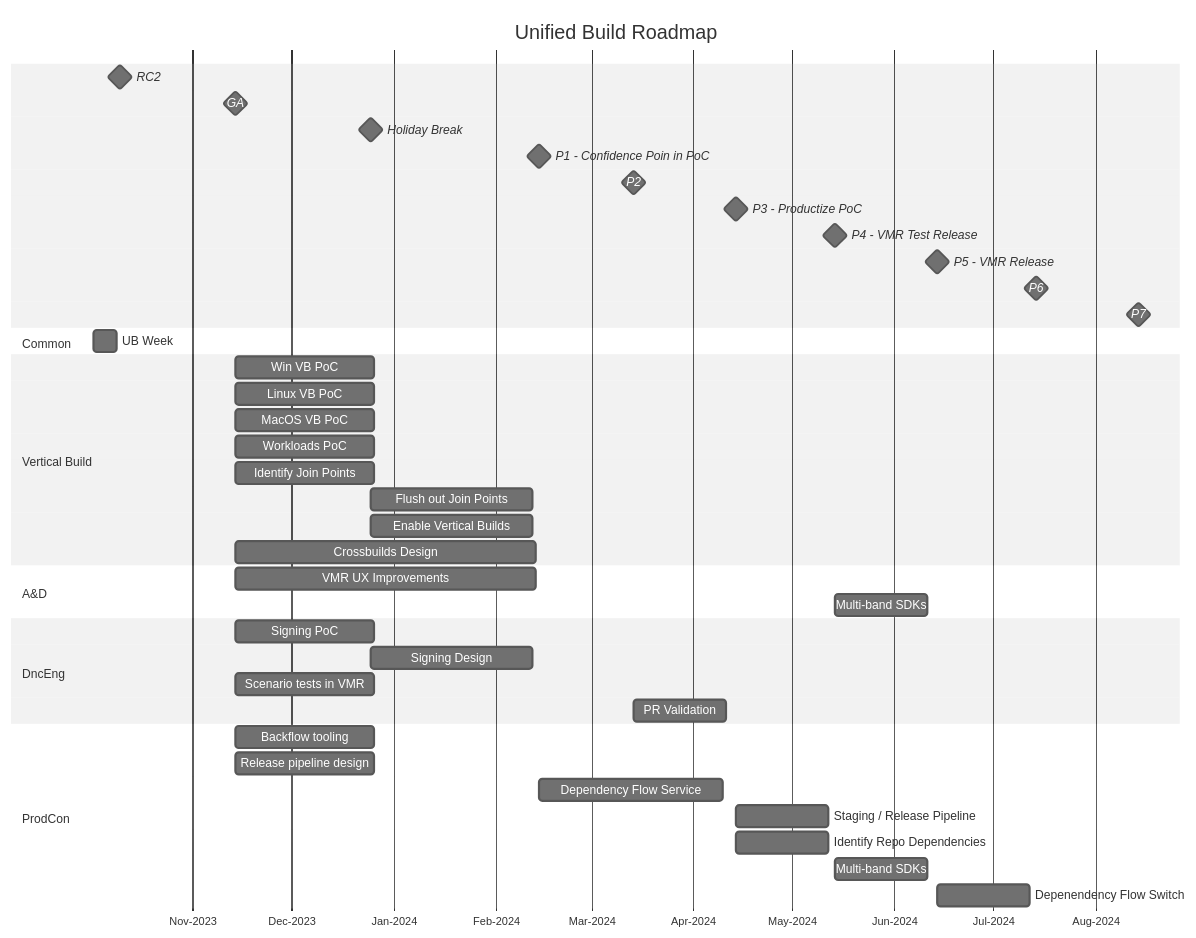
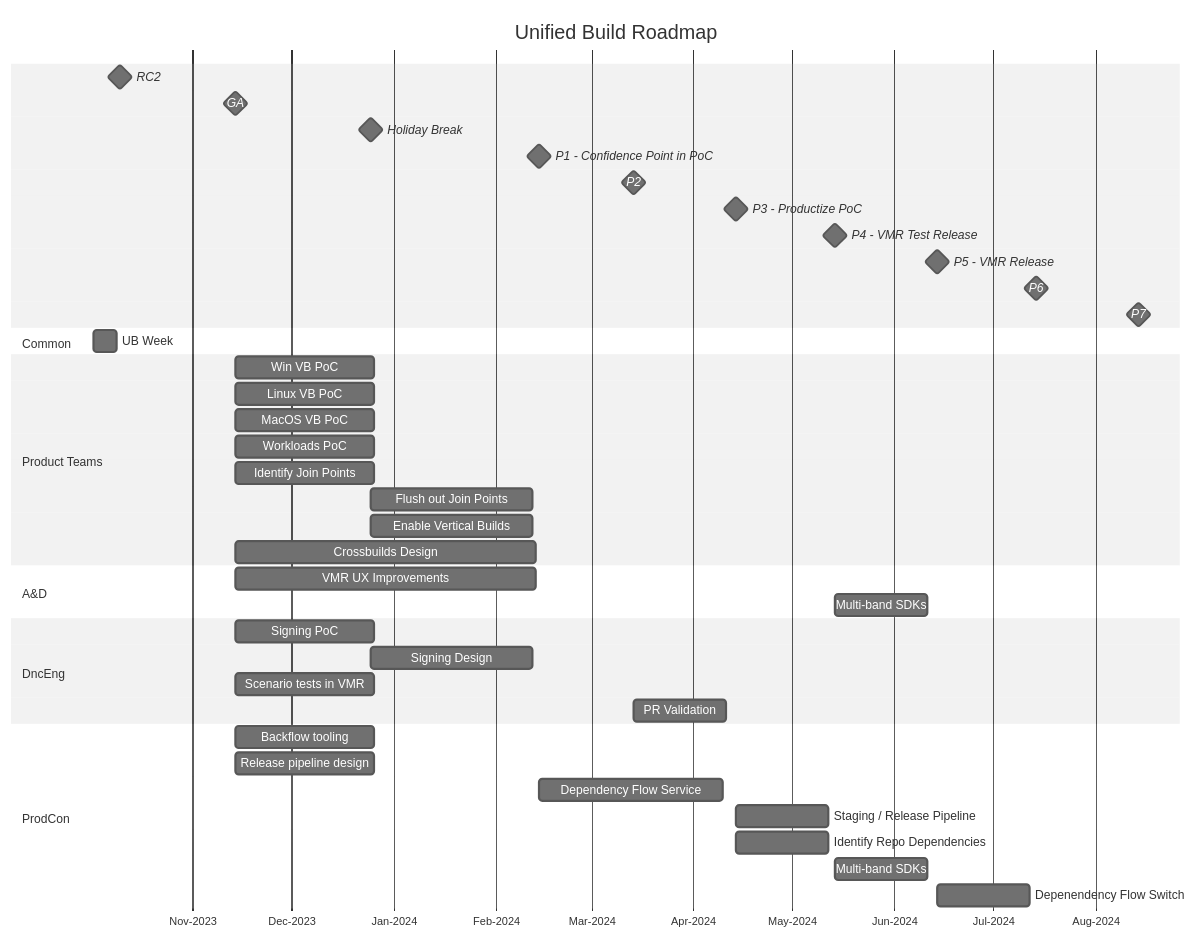
Before and after one commit to dotnet/arcade: the diagram in Documentation/UnifiedBuild/UB-Roadmap-Gantt.md, drawn with Mermaid (neutral theme).

Commit message:
Typo fix and VB area name update

````diff
--- a/Documentation/UnifiedBuild/UB-Roadmap-Gantt.md
+++ b/Documentation/UnifiedBuild/UB-Roadmap-Gantt.md
@@ -3,48 +3,48 @@
 ```mermaid
 gantt
     title Unified Build Roadmap
     axisFormat %b-%Y
     RC2: milestone, net8-rc2, 2023-10-10, 0
     GA: milestone, net8-ga, 2023-11-14, 0
     Holiday Break: milestone, holiday, 2023-12-25, 0
     %% delta between Holiday and P1 is 7w
-    P1 - Confidence Poin in PoC: milestone, net9-p1, 2024-02-14, 0
+    P1 - Confidence Point in PoC: milestone, net9-p1, 2024-02-14, 0
     P2: milestone, net9-p2, 2024-03-14, 0
     P3 - Productize PoC: milestone, net9-p3, 2024-04-14, 0
     P4 - VMR Test Release: milestone, net9-p4, 2024-05-14, 0
     P5 - VMR Release: milestone, net9-p5, 2024-06-14, 0
     P6: milestone, net9-p6, 2024-07-14, 0
     P7: milestone, net9-p7, 2024-08-14, 0
  
     section Common
         UB Week: ub-week, 2023-10-02, 1w
 
-    section Vertical Build
+    section Product Teams
         Win VB PoC: after net8-ga, 6w
         Linux VB PoC: after net8-ga, 6w
         MacOS VB PoC: after net8-ga, 6w
         Workloads PoC: after net8-ga, 6w
         Identify Join Points: after net8-ga, 6w
         Flush out Join Points: after holiday, 7w
         Enable Vertical Builds: after holiday, 7w
         Crossbuilds Design: after net8-ga, 13w
 
     section A&D
         VMR UX Improvements: after net8-ga, 13w
         Multi-band SDKs: after net9-p4, 4w
 
     section DncEng
         Signing PoC: after net8-ga, 6w
         Signing Design: after holiday, 7w
         Scenario tests in VMR: after net8-ga, 6w
         PR Validation: after net9-p2, 4w
 
     section ProdCon
         Backflow tooling: after net8-ga, 6w
         Release pipeline design: after net8-ga, 6w
         Dependency Flow Service: after net9-p1, 8w
         Staging / Release Pipeline: after net9-p3, 4w
         Identify Repo Dependencies: after net9-p3, 4w
         Multi-band SDKs: after net9-p4, 4w
         Depenendency Flow Switch: after net9-p5, 4w
 ```
````
